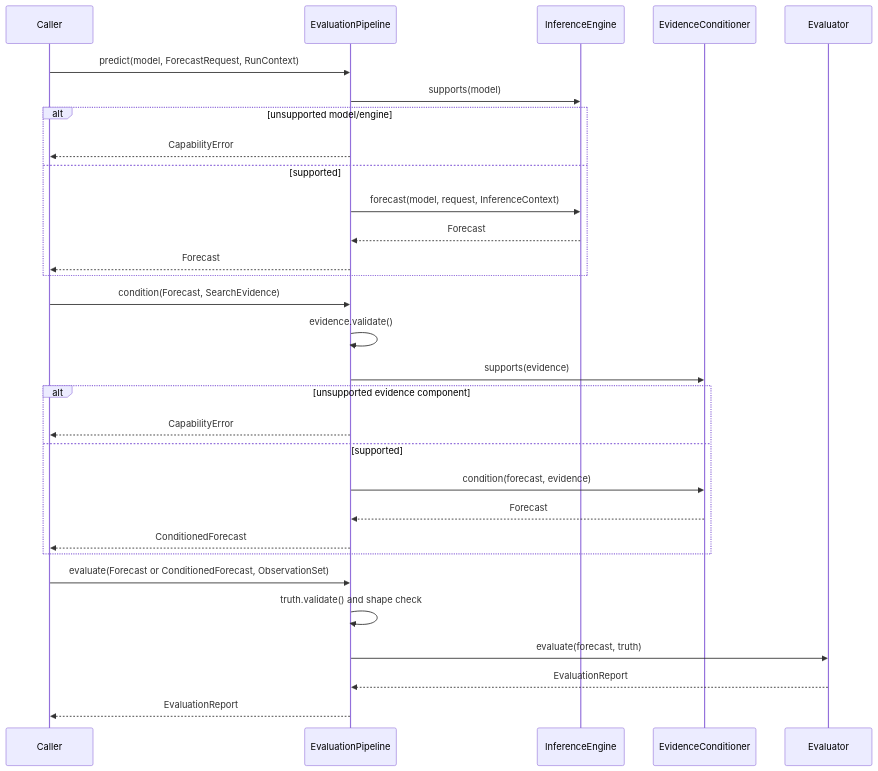
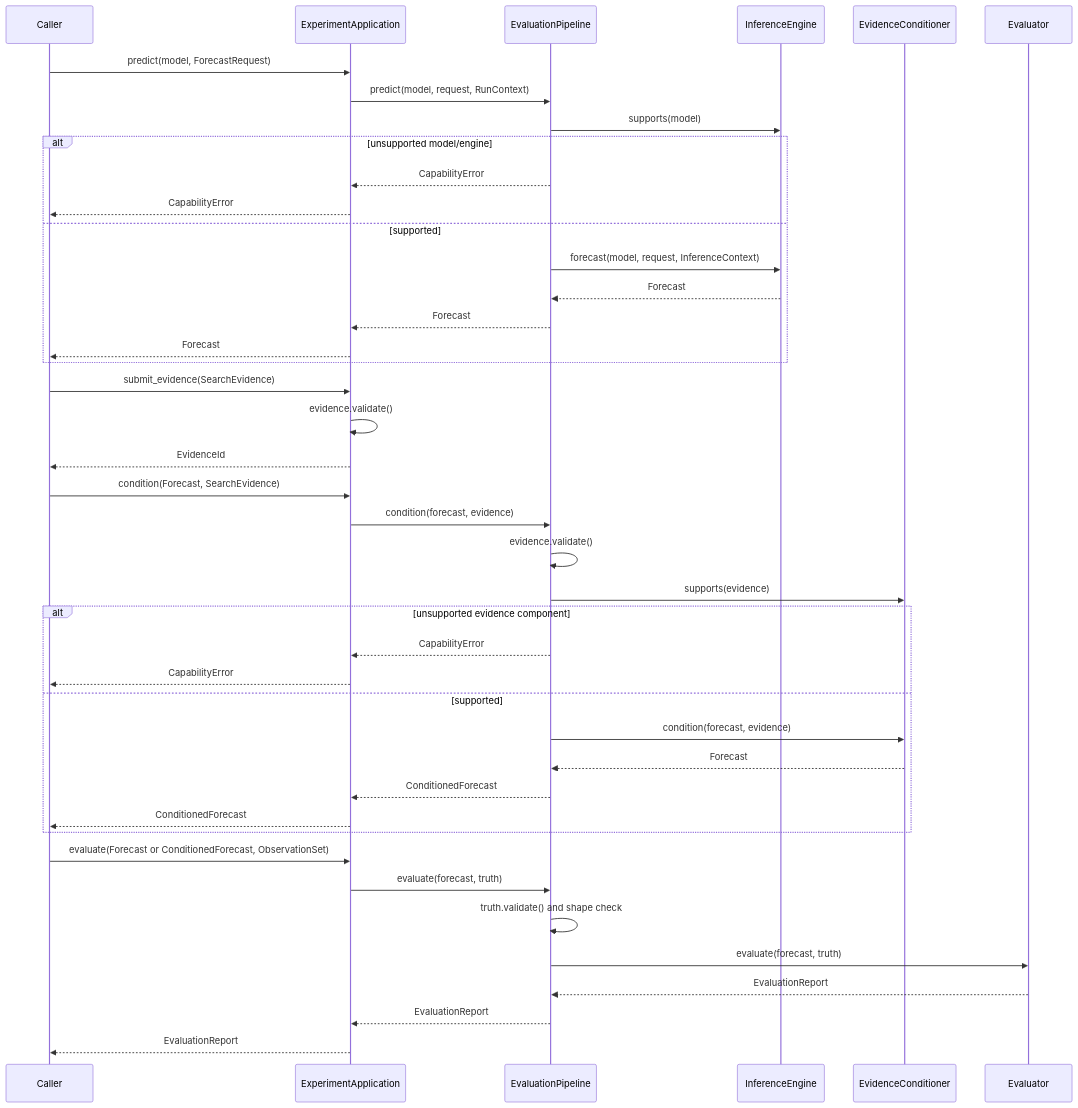
Before and after one commit to HuAzurestar/learnable-sde-for-movement-prediction: the third of 3 diagrams in OOP_ARCHITECTURE.md, drawn with Mermaid. The commit also changed other lines of this file and 4 other files, not shown here.

````diff
--- a/OOP_ARCHITECTURE.md
+++ b/OOP_ARCHITECTURE.md
@@ -238,35 +247,48 @@
 ```mermaid
 sequenceDiagram
     participant Caller
+    participant App as ExperimentApplication
     participant Pipeline as EvaluationPipeline
     participant Engine as InferenceEngine
     participant Conditioner as EvidenceConditioner
     participant Evaluator
 
-    Caller->>Pipeline: predict(model, ForecastRequest, RunContext)
+    Caller->>App: predict(model, ForecastRequest)
+    App->>Pipeline: predict(model, request, RunContext)
     Pipeline->>Engine: supports(model)
     alt unsupported model/engine
-        Pipeline-->>Caller: CapabilityError
+        Pipeline-->>App: CapabilityError
+        App-->>Caller: CapabilityError
     else supported
         Pipeline->>Engine: forecast(model, request, InferenceContext)
         Engine-->>Pipeline: Forecast
-        Pipeline-->>Caller: Forecast
+        Pipeline-->>App: Forecast
+        App-->>Caller: Forecast
     end
 
-    Caller->>Pipeline: condition(Forecast, SearchEvidence)
+    Caller->>App: submit_evidence(SearchEvidence)
+    App->>App: evidence.validate()
+    App-->>Caller: EvidenceId
+
+    Caller->>App: condition(Forecast, SearchEvidence)
+    App->>Pipeline: condition(forecast, evidence)
     Pipeline->>Pipeline: evidence.validate()
     Pipeline->>Conditioner: supports(evidence)
     alt unsupported evidence component
-        Pipeline-->>Caller: CapabilityError
+        Pipeline-->>App: CapabilityError
+        App-->>Caller: CapabilityError
     else supported
         Pipeline->>Conditioner: condition(forecast, evidence)
         Conditioner-->>Pipeline: Forecast
-        Pipeline-->>Caller: ConditionedForecast
+        Pipeline-->>App: ConditionedForecast
+        App-->>Caller: ConditionedForecast
     end
 
-    Caller->>Pipeline: evaluate(Forecast or ConditionedForecast, ObservationSet)
+    Caller->>App: evaluate(Forecast or ConditionedForecast, ObservationSet)
+    App->>Pipeline: evaluate(forecast, truth)
     Pipeline->>Pipeline: truth.validate() and shape check
     Pipeline->>Evaluator: evaluate(forecast, truth)
     Evaluator-->>Pipeline: EvaluationReport
-    Pipeline-->>Caller: EvaluationReport
+    Pipeline-->>App: EvaluationReport
+    App-->>Caller: EvaluationReport
 ```
````
